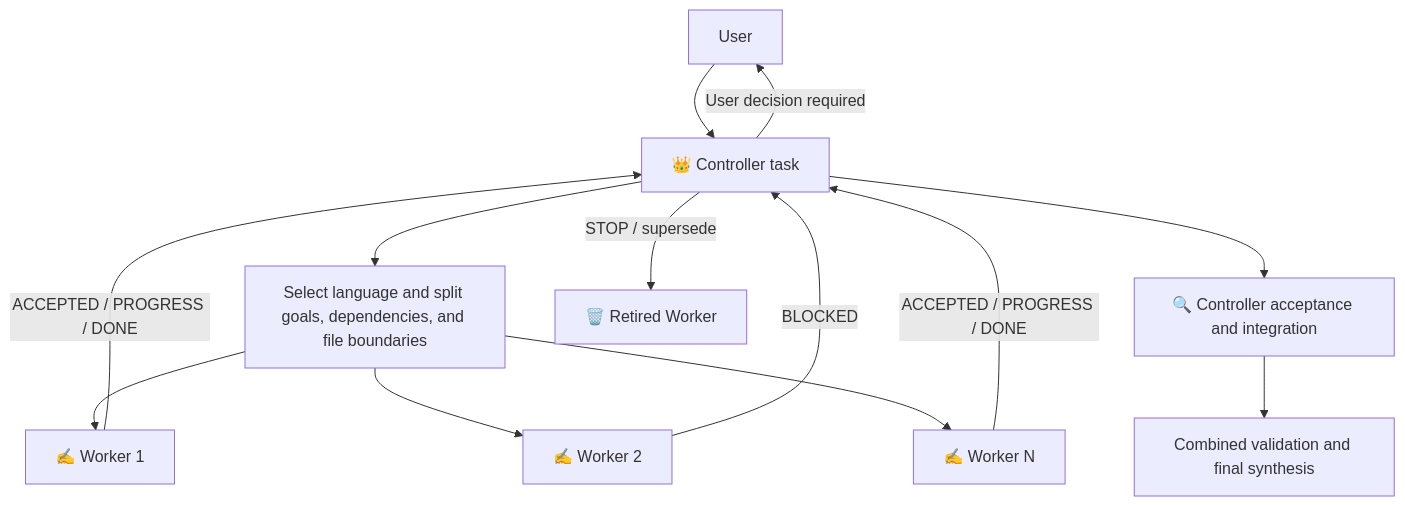
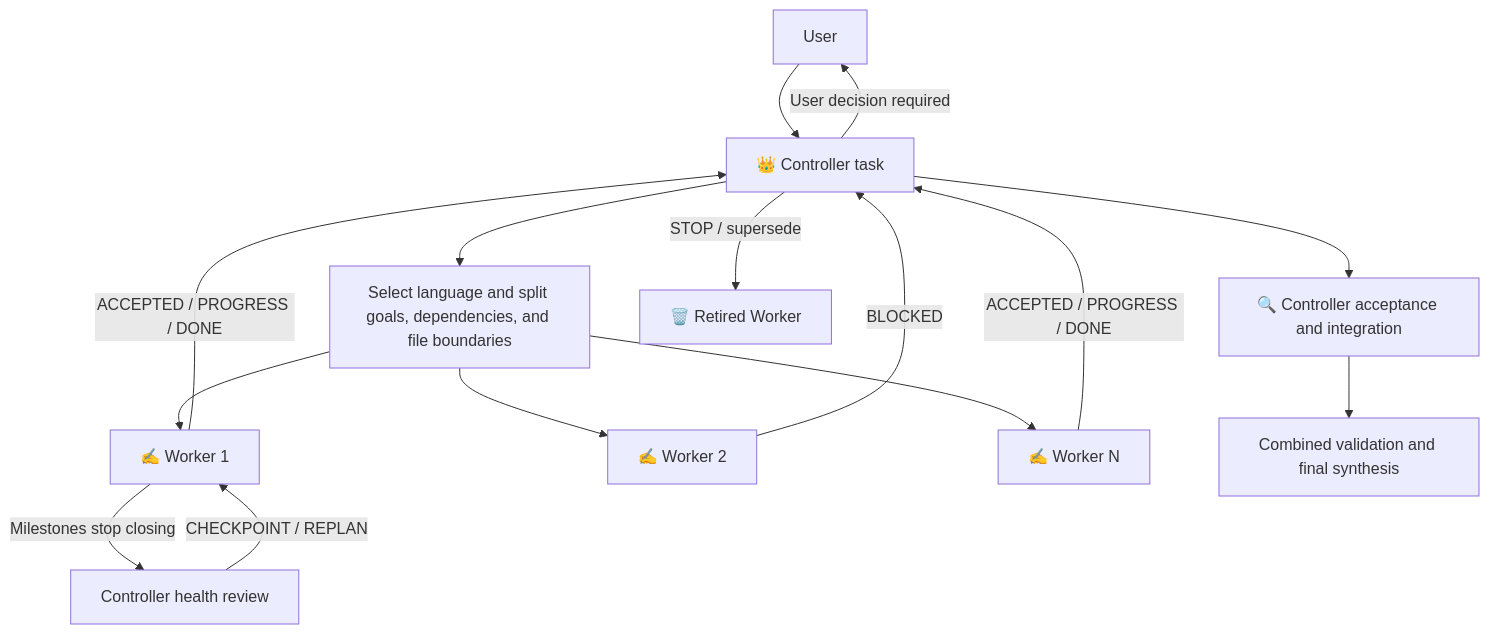
The diagram in README.md (BillSJC/orchestrate-codex-tasks), drawn with Mermaid before and after one commit. The commit also changed other lines of this file and 7 other files, not shown here.

````diff
--- a/README.md
+++ b/README.md
@@ -175,15 +179,17 @@
 ```mermaid
 flowchart TD
     U["User"] --> C["👑 Controller task"]
     C --> P["Select language and split goals, dependencies, and file boundaries"]
     P --> W1["✍️ Worker 1"]
     P --> W2["✍️ Worker 2"]
     P --> W3["✍️ Worker N"]
     W1 -->|"ACCEPTED / PROGRESS / DONE"| C
     W2 -->|"BLOCKED"| C
     W3 -->|"ACCEPTED / PROGRESS / DONE"| C
+    W1 -->|"Milestones stop closing"| H["Controller health review"]
+    H -->|"CHECKPOINT / REPLAN"| W1
     C -->|"User decision required"| U
     C --> V["🔍 Controller acceptance and integration"]
     C -->|"STOP / supersede"| X["🗑️ Retired Worker"]
     V --> R["Combined validation and final synthesis"]
 ```
````
